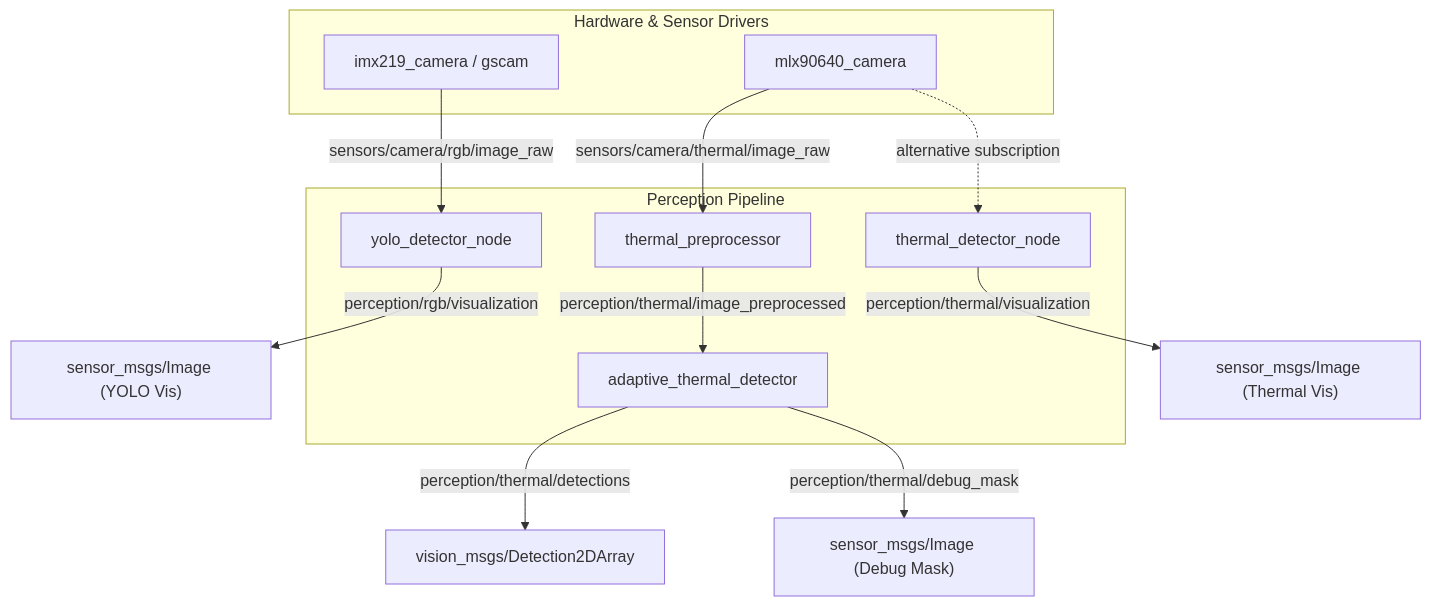
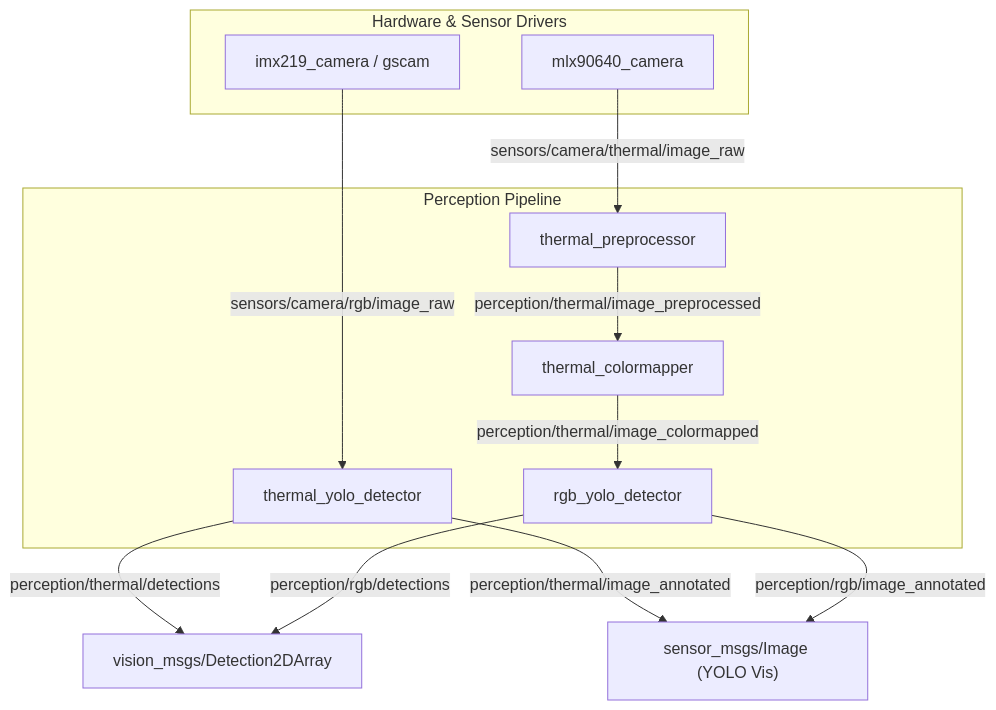
One commit to Soeromiber/divitor_ws changed the diagram in README.md. Above: the diagram before and after it, drawn with Mermaid. The commit also changed other lines of this file, not shown here.

Commit message:
docs: add divitor_perception_py & thermal_colormapper and remove detector nodes from divitor_perception

````diff
--- a/README.md
+++ b/README.md
@@ -25,30 +26,28 @@
 ```mermaid
 graph TD
     %% Drivers
     subgraph Drivers [Hardware & Sensor Drivers]
         IMX[imx219_camera / gscam]
         MLX[mlx90640_camera]
     end
 
     %% Perception Nodes
     subgraph Perception [Perception Pipeline]
         PRE[thermal_preprocessor]
-        DET[adaptive_thermal_detector]
-        YOLO[yolo_detector_node]
-        TDET[thermal_detector_node]
+        TCM[thermal_colormapper]
+        TYOLO[thermal_yolo_detector]
+        RYOLO[rgb_yolo_detector]
     end
 
     %% Topics
-    IMX -- "sensors/camera/rgb/image_raw" --> YOLO
+    IMX -- "sensors/camera/rgb/image_raw" --> TYOLO
     MLX -- "sensors/camera/thermal/image_raw" --> PRE
-    PRE -- "perception/thermal/image_preprocessed" --> DET
+    PRE -- "perception/thermal/image_preprocessed" --> TCM
+    TCM -- "perception/thermal/image_colormapped" --> RYOLO
     
     %% Outputs
-    DET -- "perception/thermal/detections" --> D_OUT["vision_msgs/Detection2DArray"]
-    DET -- "perception/thermal/debug_mask" --> M_OUT["sensor_msgs/Image (Debug Mask)"]
-    YOLO -- "perception/rgb/visualization" --> Y_OUT["sensor_msgs/Image (YOLO Vis)"]
-    
-    %% Simple Thermal
-    MLX -. "alternative subscription" .-> TDET
-    TDET -- "perception/thermal/visualization" --> T_OUT["sensor_msgs/Image (Thermal Vis)"]
+    TYOLO -- "perception/thermal/detections" --> D_OUT["vision_msgs/Detection3DArray"]
+    TYOLO -- "perception/thermal/image_annotated" --> Y_OUT["sensor_msgs/Image (YOLO Vis)"]
+    RYOLO -- "perception/rgb/detections" --> D_OUT["vision_msgs/Detection2DArray"]
+    RYOLO -- "perception/rgb/image_annotated" --> Y_OUT["sensor_msgs/Image (YOLO Vis)"]
 ```
````
